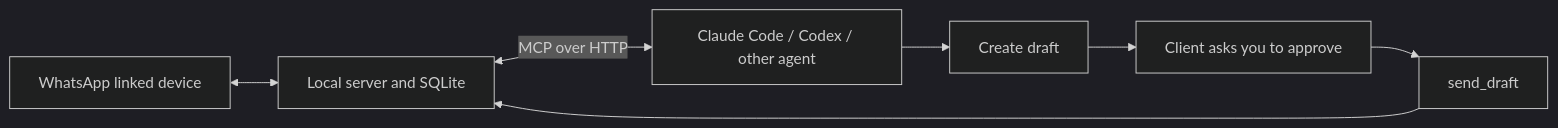
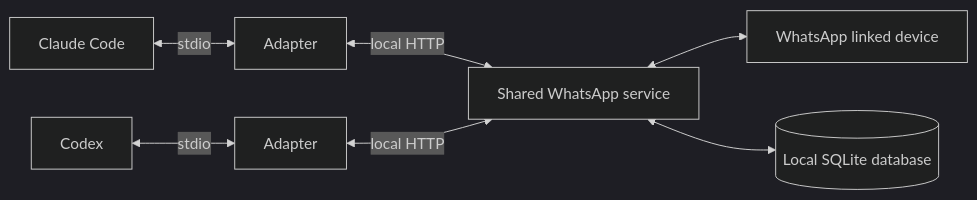
One commit to ishwar00/whatsapp-mcp changed the diagram in README.md. Above: the diagram before and after it, drawn with Mermaid (dark theme). The commit also changed other lines of this file, not shown here.

Commit message:
Rewrite README around current stdio setup and service operation

````diff
--- a/README.md
+++ b/README.md
@@ -12,9 +27,9 @@
 ```mermaid
 flowchart LR
-    W[WhatsApp linked device] <--> S[Local server and SQLite]
-    S <-->|MCP over HTTP| A[Claude Code / Codex / other agent]
-    A --> D[Create draft]
-    D --> P[Client asks you to approve]
-    P --> T[send_draft]
-    T --> S
+    C[Claude Code] <-->|stdio| A[Adapter]
+    X[Codex] <-->|stdio| B[Adapter]
+    A <-->|local HTTP| S[Shared WhatsApp service]
+    B <-->|local HTTP| S
+    S <--> W[WhatsApp linked device]
+    S <--> D[(Local SQLite database)]
 ```
````
